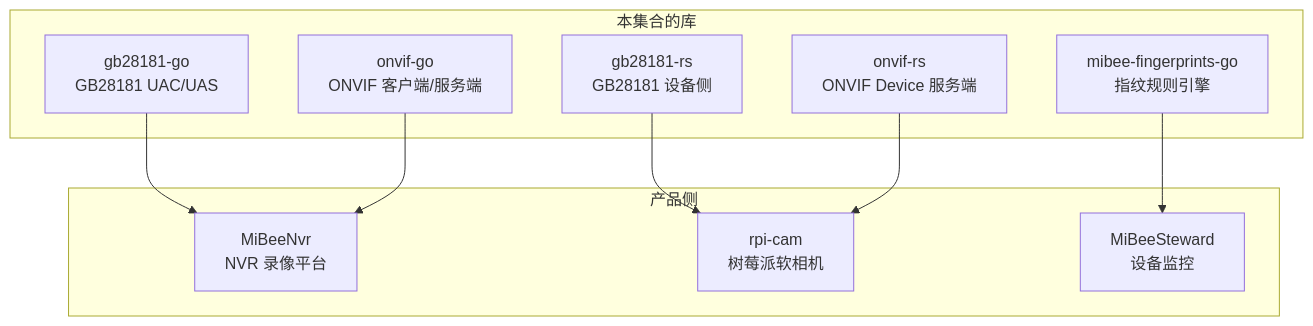
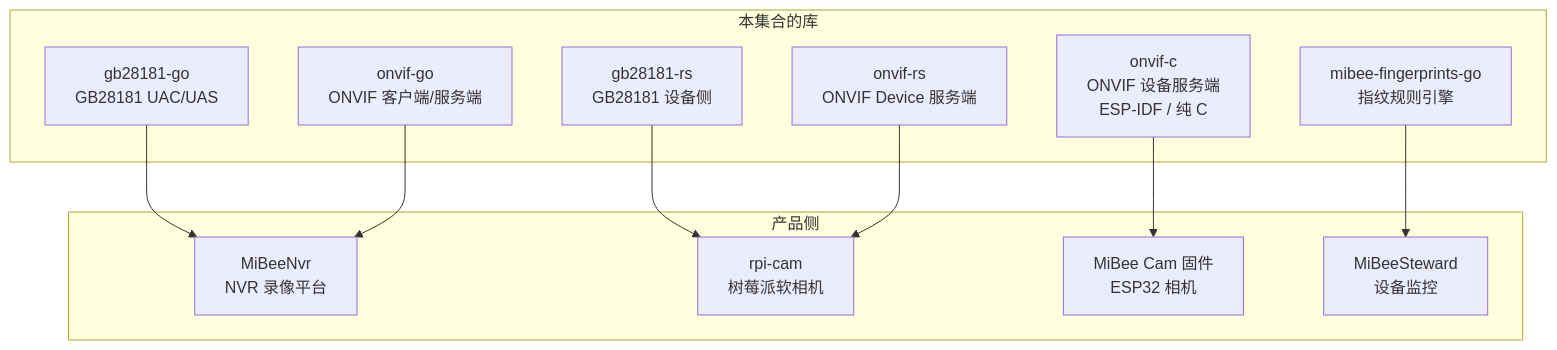
Before and after one commit to Mi-Bee-Studio/mibee-docs: the diagram in mibeelibs/zh-CN/libs-overview.md, drawn with Mermaid. The commit also changed other lines of this file and 5 other files, not shown here.

````diff
--- a/mibeelibs/zh-CN/libs-overview.md
+++ b/mibeelibs/zh-CN/libs-overview.md
@@ -7,20 +7,23 @@
 ```mermaid
 flowchart TB
     subgraph products [产品侧]
         NVR[MiBeeNvr<br/>NVR 录像平台]
         RPI[rpi-cam<br/>树莓派软相机]
+        ESPCAM[MiBee Cam 固件<br/>ESP32 相机]
         STEWARD[MiBeeSteward<br/>设备监控]
     end
     subgraph libs [本集合的库]
         GBGO[gb28181-go<br/>GB28181 UAC/UAS]
         GBRS[gb28181-rs<br/>GB28181 设备侧]
         OVGO[onvif-go<br/>ONVIF 客户端/服务端]
         OVRS[onvif-rs<br/>ONVIF Device 服务端]
+        OVCC[onvif-c<br/>ONVIF 设备服务端<br/>ESP-IDF / 纯 C]
         FP[mibee-fingerprints-go<br/>指纹规则引擎]
     end
     GBGO --> NVR
     GBRS --> RPI
     OVGO --> NVR
     OVRS --> RPI
+    OVCC --> ESPCAM
     FP --> STEWARD
 ```
````
